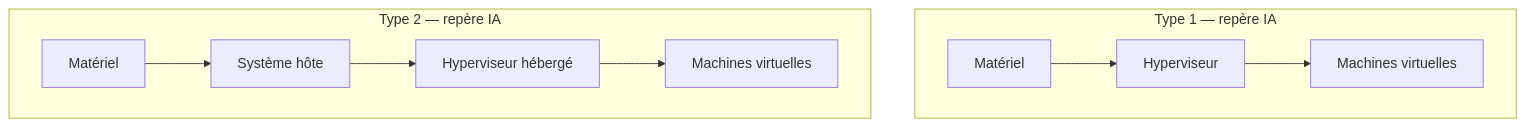
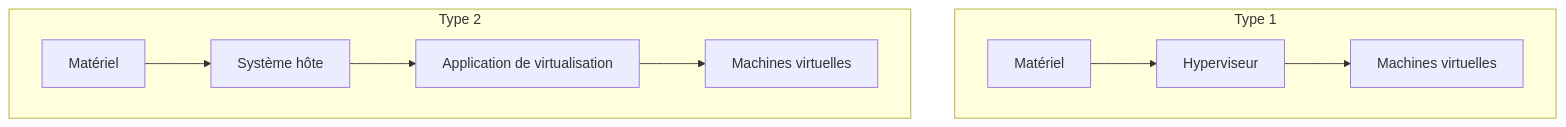
Before and after one commit to sk34pk25/tssr-cours: the diagram in docs/modules/13-virtualisation-serveurs/module-01.md, drawn with Mermaid. The commit also changed other lines of this file and 97 other files, not shown here.

````diff
--- a/docs/modules/13-virtualisation-serveurs/module-01.md
+++ b/docs/modules/13-virtualisation-serveurs/module-01.md
@@ -112,9 +35,9 @@
 ```mermaid
-flowchart TD
- subgraph T1["Type 1 — repère IA"]
-  M1["Matériel"] --> H1["Hyperviseur"] --> V1["Machines virtuelles"]
- end
- subgraph T2["Type 2 — repère IA"]
-  M2["Matériel"] --> O2["Système hôte"] --> H2["Hyperviseur hébergé"] --> V2["Machines virtuelles"]
- end
+flowchart TB
+    subgraph A["Type 1"]
+        M1["Matériel"] --> H1["Hyperviseur"] --> V1["Machines virtuelles"]
+    end
+    subgraph B["Type 2"]
+        M2["Matériel"] --> O2["Système hôte"] --> H2["Application de virtualisation"] --> V2["Machines virtuelles"]
+    end
 ```
````
